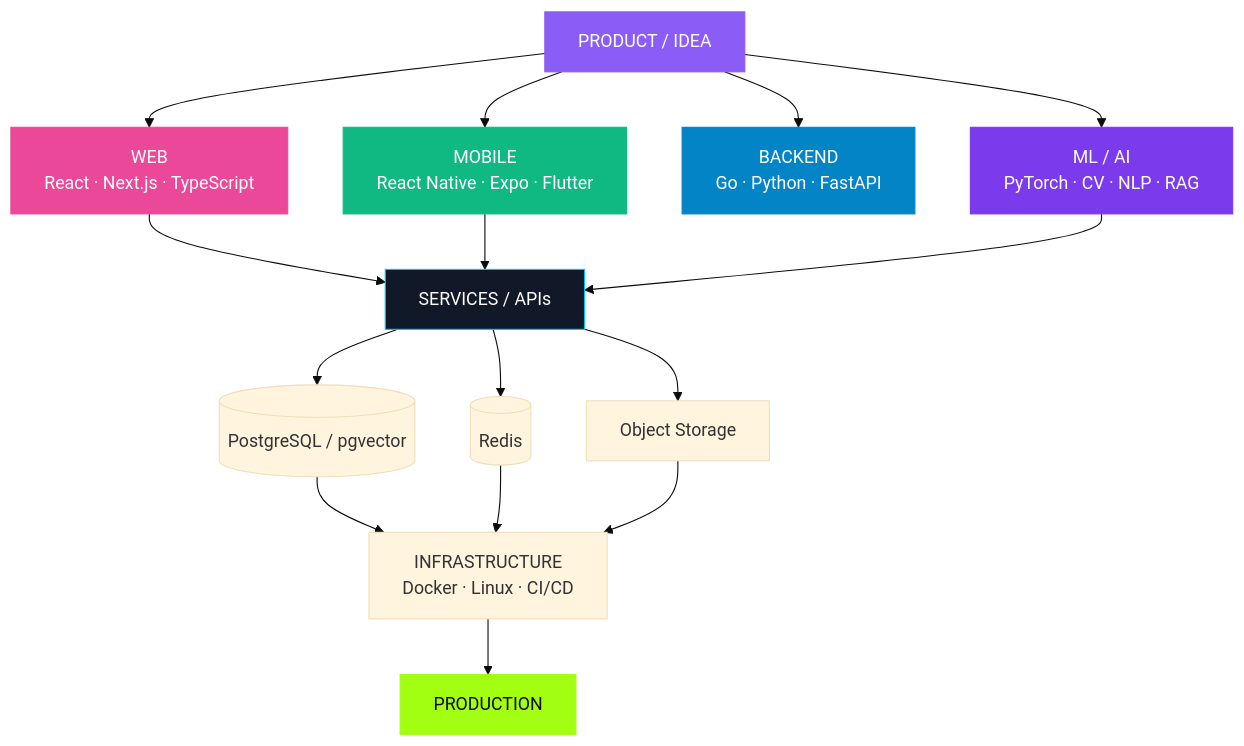
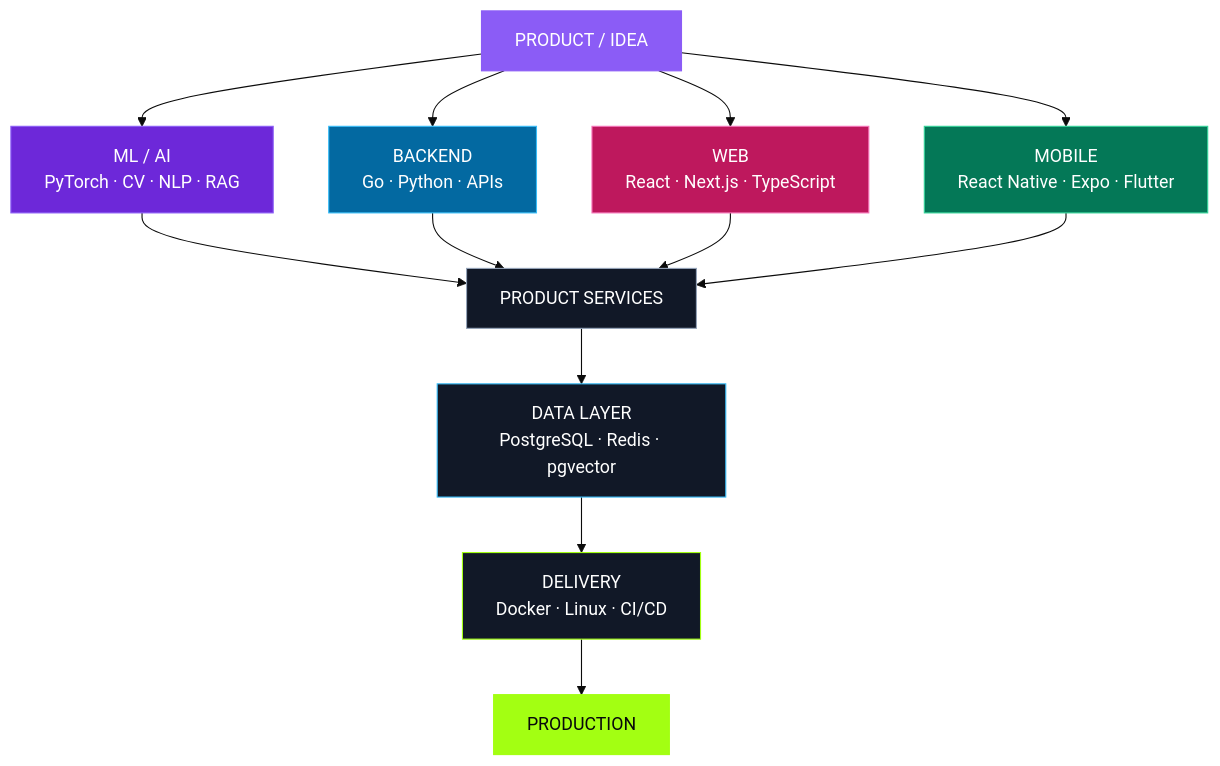
The diagram in README.md (BitsOfDanya/BitsOfDanya), drawn with Mermaid (base theme) before and after one commit. The commit also changed other lines of this file, not shown here.

````diff
--- a/README.md
+++ b/README.md
@@ -384,44 +344,28 @@
 ```mermaid
 flowchart TB
+    IDEA["PRODUCT / IDEA"]
 
-    P["PRODUCT / IDEA"]
+    IDEA --> ML["ML / AI<br/>PyTorch · CV · NLP · RAG"]
+    IDEA --> BE["BACKEND<br/>Go · Python · APIs"]
+    IDEA --> FE["WEB<br/>React · Next.js · TypeScript"]
+    IDEA --> MB["MOBILE<br/>React Native · Expo · Flutter"]
 
-    P --> WEB
-    P --> MOB
-    P --> BE
-    P --> ML
+    ML --> CORE["PRODUCT SERVICES"]
+    BE --> CORE
+    FE --> CORE
+    MB --> CORE
 
-    WEB["WEB<br/>React · Next.js · TypeScript"]
-    MOB["MOBILE<br/>React Native · Expo · Flutter"]
-    BE["BACKEND<br/>Go · Python · FastAPI"]
-    ML["ML / AI<br/>PyTorch · CV · NLP · RAG"]
+    CORE --> DATA["DATA LAYER<br/>PostgreSQL · Redis · pgvector"]
+    DATA --> SHIP["DELIVERY<br/>Docker · Linux · CI/CD"]
+    SHIP --> PROD["PRODUCTION"]
 
-    WEB --> API
-    MOB --> API
-    ML --> API
-
-    API["SERVICES / APIs"]
-
-    API --> DATA
-    API --> CACHE
-    API --> STORE
-
-    DATA[("PostgreSQL / pgvector")]
-    CACHE[("Redis")]
-    STORE["Object Storage"]
-
-    DATA --> INFRA
-    CACHE --> INFRA
-    STORE --> INFRA
-
-    INFRA["INFRASTRUCTURE<br/>Docker · Linux · CI/CD"]
-    INFRA --> PROD["PRODUCTION"]
-
-    style P fill:#8B5CF6,color:#fff,stroke:#8B5CF6
-    style WEB fill:#EC4899,color:#fff,stroke:#EC4899
-    style MOB fill:#10B981,color:#fff,stroke:#10B981
-    style BE fill:#0284C7,color:#fff,stroke:#0284C7
-    style ML fill:#7C3AED,color:#fff,stroke:#7C3AED
-    style API fill:#111827,color:#fff,stroke:#00C2FF
+    style IDEA fill:#8B5CF6,color:#FFFFFF,stroke:#8B5CF6
+    style ML fill:#6D28D9,color:#FFFFFF,stroke:#8B5CF6
+    style BE fill:#0369A1,color:#FFFFFF,stroke:#38BDF8
+    style FE fill:#BE185D,color:#FFFFFF,stroke:#F472B6
+    style MB fill:#047857,color:#FFFFFF,stroke:#34D399
+    style CORE fill:#111827,color:#FFFFFF,stroke:#94A3B8
+    style DATA fill:#111827,color:#FFFFFF,stroke:#38BDF8
+    style SHIP fill:#111827,color:#FFFFFF,stroke:#A3FF12
     style PROD fill:#A3FF12,color:#08090B,stroke:#A3FF12
 ```
````
